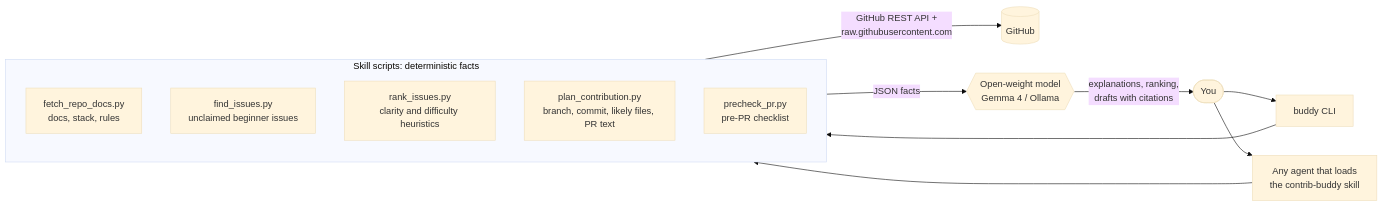
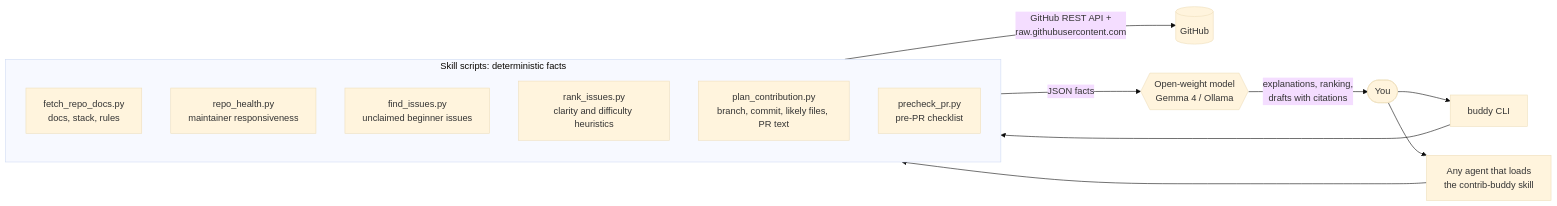
The diagram in README.md (Saisumanthv/Contrib-Bud), drawn with Mermaid (base theme) before and after one commit. The commit also changed other lines of this file and 26 other files, not shown here.

Commit message:
feat: Repo Health, Issue details, Repo tree and Flow chart, RAG mechanism for both Repo and Specific Issue

````diff
--- a/README.md
+++ b/README.md
@@ -34,17 +34,18 @@
 ```mermaid
 flowchart LR
     U([You]) --> CLI[buddy CLI]
     U --> AG[Any agent that loads<br/>the contrib-buddy skill]
     CLI --> S
     AG --> S
     subgraph S[Skill scripts: deterministic facts]
       F1[fetch_repo_docs.py<br/>docs, stack, rules]
+      F6[repo_health.py<br/>maintainer responsiveness]
       F2[find_issues.py<br/>unclaimed beginner issues]
       F3[rank_issues.py<br/>clarity and difficulty heuristics]
       F4[plan_contribution.py<br/>branch, commit, likely files, PR text]
       F5[precheck_pr.py<br/>pre-PR checklist]
     end
     S -->|GitHub REST API +<br/>raw.githubusercontent.com| GH[(GitHub)]
     S -->|JSON facts| M{{Open-weight model<br/>Gemma 4 / Ollama}}
     M -->|explanations, ranking,<br/>drafts with citations| U
 ```
````
